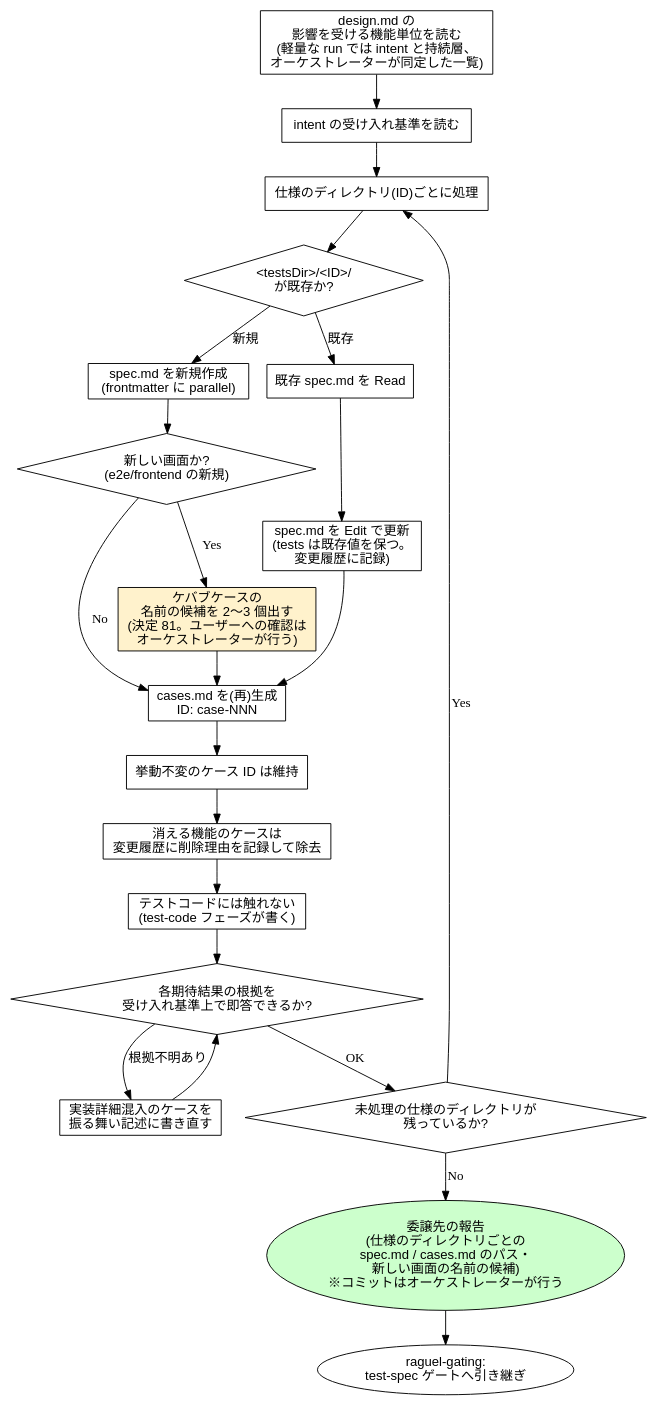
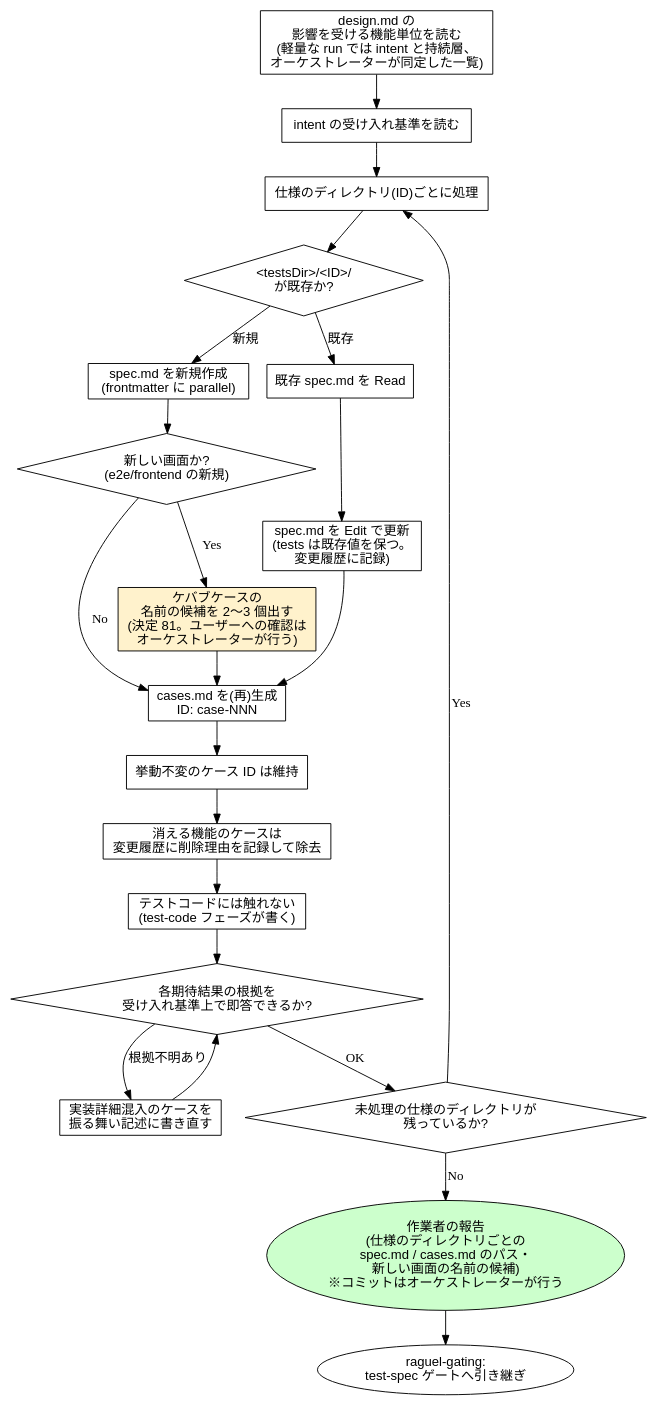
The fourth of 14 diagrams in plugins/codiel/docs/skill-flowcharts.md (Amatsuka-kobo/amatsuka-claude-plugins), drawn with Graphviz before and after one commit. The commit also changed other lines of this file and 4 other files, not shown here.

````diff
--- a/plugins/codiel/docs/skill-flowcharts.md
+++ b/plugins/codiel/docs/skill-flowcharts.md
@@ -104,42 +104,42 @@
 ```dot
 digraph writing_test_specs {
   rankdir=TB;
   node [fontname="sans-serif"];
 
   read_design [label="design.md の\n影響を受ける機能単位を読む\n(軽量な run では intent と持続層、\nオーケストレーターが同定した一覧)", shape=box];
   read_criteria [label="intent の受け入れ基準を読む", shape=box];
   for_each_unit [label="仕様のディレクトリ(ID)ごとに処理", shape=box];
   exists [label="<testsDir>/<ID>/\nが既存か?", shape=diamond];
   create_spec [label="spec.md を新規作成\n(frontmatter に parallel)", shape=box];
   read_spec [label="既存 spec.md を Read", shape=box];
   update_spec [label="spec.md を Edit で更新\n(tests は既存値を保つ。\n変更履歴に記録)", shape=box];
   gen_cases [label="cases.md を(再)生成\nID: case-NNN", shape=box];
   keep_id [label="挙動不変のケース ID は維持", shape=box];
   removed [label="消える機能のケースは\n変更履歴に削除理由を記録して除去", shape=box];
   no_code [label="テストコードには触れない\n(test-code フェーズが書く)", shape=box];
   new_screen [label="新しい画面か?\n(e2e/frontend の新規)", shape=diamond];
   candidates [label="ケバブケースの\n名前の候補を 2〜3 個出す\n(決定 81。ユーザーへの確認は\nオーケストレーターが行う)", shape=box, style=filled, fillcolor="#fff2cc"];
   selfcheck [label="各期待結果の根拠を\n受け入れ基準上で即答できるか?", shape=diamond];
   fix [label="実装詳細混入のケースを\n振る舞い記述に書き直す", shape=box];
   more_units [label="未処理の仕様のディレクトリが\n残っているか?", shape=diamond];
-  done [label="委譲先の報告\n(仕様のディレクトリごとの\nspec.md / cases.md のパス・\n新しい画面の名前の候補)\n※コミットはオーケストレーターが行う", shape=ellipse, style=filled, fillcolor="#ccffcc"];
+  done [label="作業者の報告\n(仕様のディレクトリごとの\nspec.md / cases.md のパス・\n新しい画面の名前の候補)\n※コミットはオーケストレーターが行う", shape=ellipse, style=filled, fillcolor="#ccffcc"];
   gate [label="raguel-gating:\ntest-spec ゲートへ引き継ぎ", shape=ellipse];
 
   read_design -> read_criteria -> for_each_unit -> exists;
   exists -> create_spec [label="新規"];
   exists -> read_spec [label="既存"];
   read_spec -> update_spec;
   create_spec -> new_screen;
   new_screen -> candidates [label="Yes"];
   new_screen -> gen_cases [label="No"];
   candidates -> gen_cases;
   update_spec -> gen_cases;
   gen_cases -> keep_id -> removed -> no_code -> selfcheck;
   selfcheck -> fix [label="根拠不明あり"];
   fix -> selfcheck;
   selfcheck -> more_units [label="OK"];
   more_units -> for_each_unit [label="Yes"];
   more_units -> done [label="No"];
   done -> gate;
 }
 ```
````
